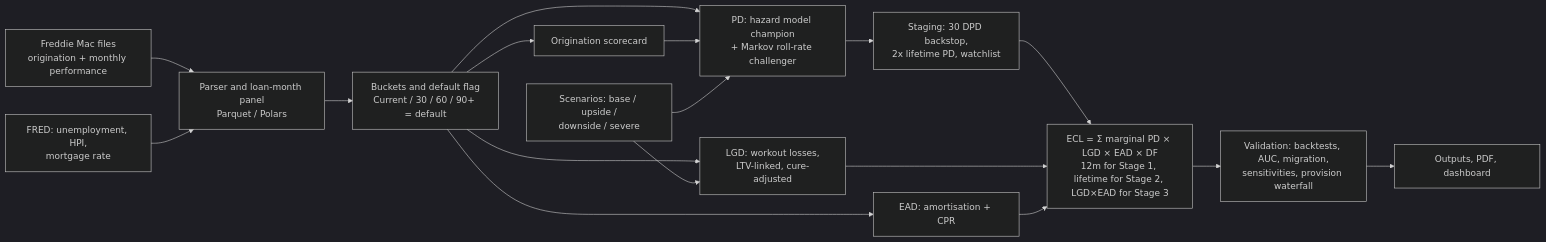
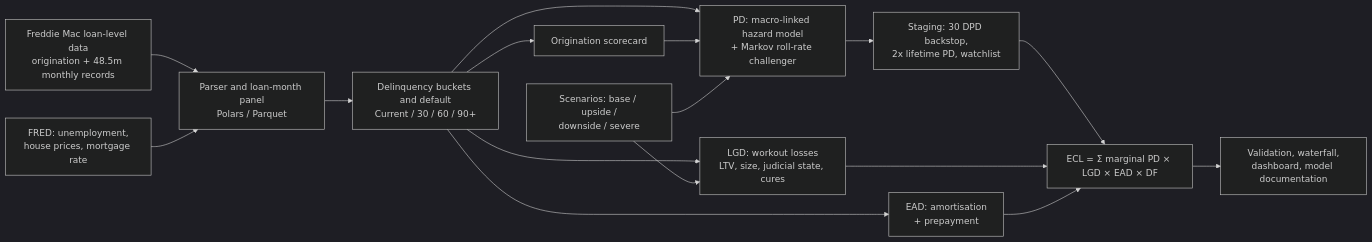
One commit to Anou-shka/StageCraft changed the diagram in README.md. Above: the diagram before and after it, drawn with Mermaid (dark theme). The commit also changed other lines of this file and 98 other files, not shown here.

First line of the commit message:
Run on the full Freddie Mac sample (750k loans) and polish for release

````diff
--- a/README.md
+++ b/README.md
@@ -15,19 +50,18 @@
 ```mermaid
 flowchart LR
-    A[Freddie Mac files<br/>origination + monthly performance] --> B[Parser and loan-month panel<br/>Parquet / Polars]
-    M[FRED: unemployment, HPI,<br/>mortgage rate] --> B
-    B --> C[Buckets and default flag<br/>Current / 30 / 60 / 90+ = default]
+    A[Freddie Mac loan-level data<br/>origination + 48.5m monthly records] --> B[Parser and loan-month panel<br/>Polars / Parquet]
+    M[FRED: unemployment,<br/>house prices, mortgage rate] --> B
+    B --> C[Delinquency buckets and default<br/>Current / 30 / 60 / 90+]
     C --> D[Origination scorecard]
-    C --> E[PD: hazard model champion<br/>+ Markov roll-rate challenger]
-    C --> F[LGD: workout losses,<br/>LTV-linked, cure-adjusted]
-    C --> G[EAD: amortisation + CPR]
+    C --> E[PD: macro-linked hazard model<br/>+ Markov roll-rate challenger]
+    C --> F[LGD: workout losses<br/>LTV, size, judicial state, cures]
+    C --> G[EAD: amortisation<br/>+ prepayment]
     D --> E
     S[Scenarios: base / upside /<br/>downside / severe] --> E
     S --> F
     E --> H[Staging: 30 DPD backstop,<br/>2x lifetime PD, watchlist]
-    H --> I[ECL = Σ marginal PD × LGD × EAD × DF<br/>12m for Stage 1, lifetime for Stage 2, LGD×EAD for Stage 3]
+    H --> I[ECL = Σ marginal PD × LGD × EAD × DF]
     F --> I
     G --> I
-    I --> J[Validation: backtests, AUC, migration,<br/>sensitivities, provision waterfall]
-    J --> K[Outputs, PDF, dashboard]
+    I --> J[Validation, waterfall,<br/>dashboard, model documentation]
 ```
````
